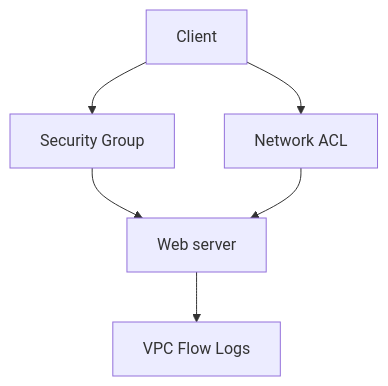
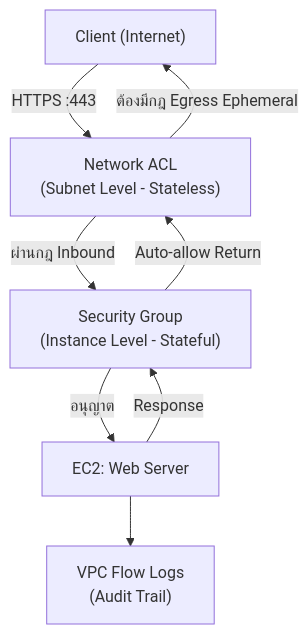
One commit to somkid-s5/AWS-SAA-Custom-Labs changed the diagram in labs/02-security-groups-vs-nacls.md. Above: the diagram before and after it, drawn with Mermaid. The commit also changed other lines of this file and 24 other files, not shown here.

````diff
--- a/labs/02-security-groups-vs-nacls.md
+++ b/labs/02-security-groups-vs-nacls.md
@@ -10,8 +26,10 @@
 ```mermaid
 graph TD
-  Client[Client] --> SG[Security Group]
-  SG --> EC2[Web server]
-  Client --> NACL[Network ACL]
-  NACL --> EC2
-  EC2 --> Flow[VPC Flow Logs]
+  Client["Client (Internet)"] -->|HTTPS :443| NACL["Network ACL\n(Subnet Level - Stateless)"]
+  NACL -->|ผ่านกฎ Inbound| SG["Security Group\n(Instance Level - Stateful)"]
+  SG -->|อนุญาต| EC2["EC2: Web Server"]
+  EC2 -->|Response| SG
+  SG -->|Auto-allow Return| NACL
+  NACL -->|ต้องมีกฎ Egress Ephemeral| Client
+  EC2 --> FlowLogs["VPC Flow Logs\n(Audit Trail)"]
 ```
````
